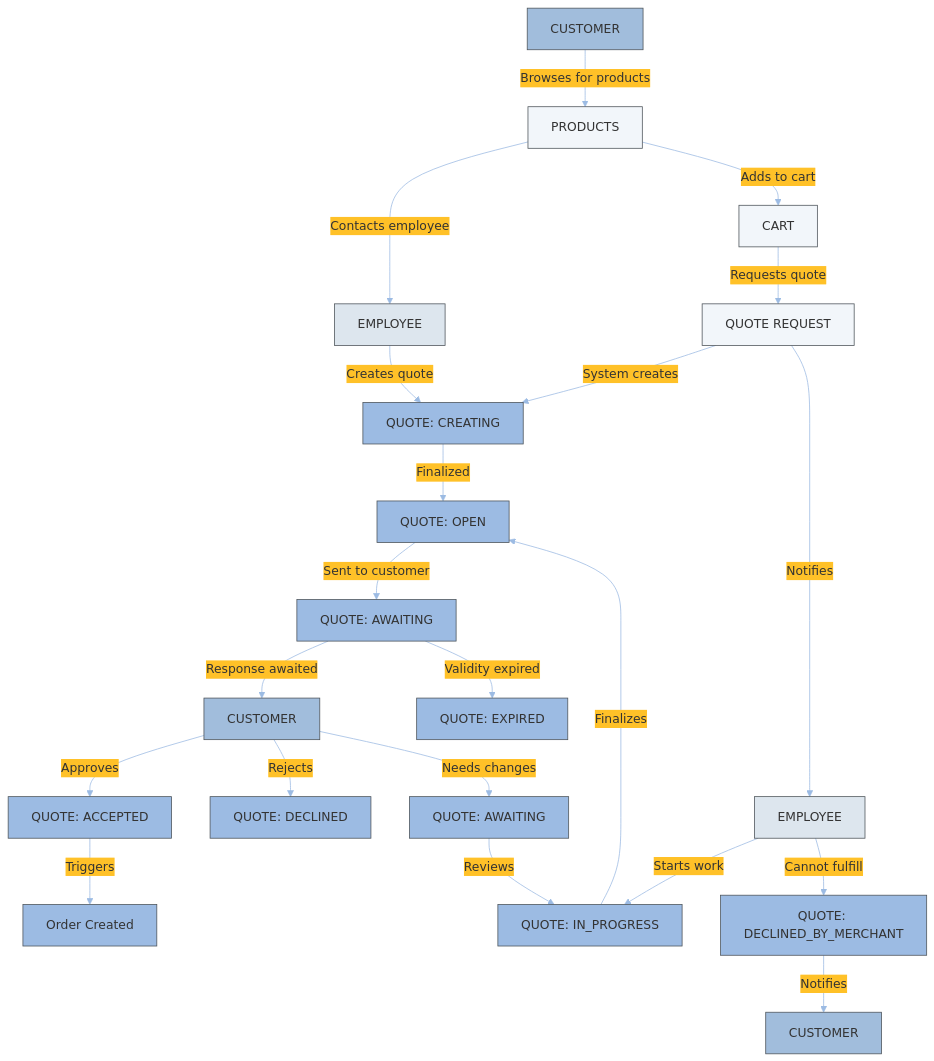
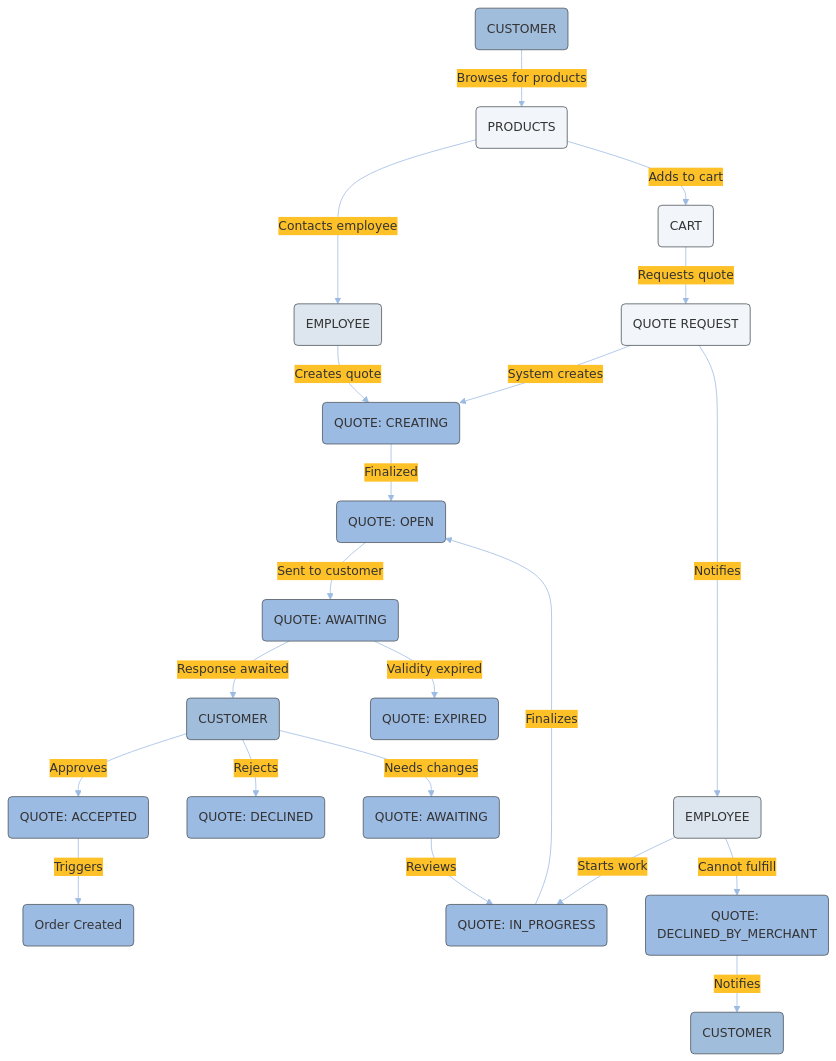
The diagram in quotes/quote/quote.md (emporix/api-references), drawn with Mermaid before and after one commit. The commit also changed other lines of this file, not shown here.

````diff
--- a/quotes/quote/quote.md
+++ b/quotes/quote/quote.md
@@ -151,70 +47,70 @@
 ```mermaid
 ---
 config:
   layout: fixed
   theme: base
   look: classic
   themeVariables:
     background: transparent
     lineColor: "#9CBBE3"
     arrowheadColor: "#9CBBE3"
     edgeLabelBackground: "#FFC128" 
     edgeLabelTextColor: "#4C5359"
     actorBorder: '#4C5359'
 ---
 graph TD
-    CUSTOMER1[CUSTOMER] 
-    PRODUCTS[PRODUCTS]
+    CUSTOMER1(CUSTOMER)
+    PRODUCTS(PRODUCTS)
     
     CUSTOMER1 -->|Browses for products| PRODUCTS
     
-    PRODUCTS -->|Contacts employee| EMPLOYEE1[EMPLOYEE]
-    PRODUCTS -->|Adds to cart| CART[CART]
+    PRODUCTS -->|Contacts employee| EMPLOYEE1(EMPLOYEE)
+    PRODUCTS -->|Adds to cart| CART(CART)
     
-    EMPLOYEE1 -->|Creates quote| CREATING[QUOTE: CREATING]
-    CART -->|Requests quote| QUOTE_REQUEST[QUOTE REQUEST]
+    EMPLOYEE1 -->|Creates quote| CREATING(QUOTE: CREATING)
+    CART -->|Requests quote| QUOTE_REQUEST(QUOTE REQUEST)
     
     QUOTE_REQUEST -->|System creates| CREATING
-    QUOTE_REQUEST -->|Notifies| EMPLOYEE2[EMPLOYEE]
+    QUOTE_REQUEST -->|Notifies| EMPLOYEE2(EMPLOYEE)
     
-    CREATING -->|Finalized| OPEN[QUOTE: OPEN]
-    EMPLOYEE2 -->|Starts work| IN_PROGRESS[QUOTE: IN_PROGRESS]
+    CREATING -->|Finalized| OPEN(QUOTE: OPEN)
+    EMPLOYEE2 -->|Starts work| IN_PROGRESS(QUOTE: IN_PROGRESS)
     
     IN_PROGRESS -->|Finalizes| OPEN
-    EMPLOYEE2 -->|Cannot fulfill| DECLINED_MERCHANT[QUOTE: DECLINED_BY_MERCHANT]
+    EMPLOYEE2 -->|Cannot fulfill| DECLINED_MERCHANT(QUOTE: DECLINED_BY_MERCHANT)
     
-    DECLINED_MERCHANT -->|Notifies| CUSTOMER3[CUSTOMER]
+    DECLINED_MERCHANT -->|Notifies| CUSTOMER3(CUSTOMER)
     
-    OPEN -->|Sent to customer| AWAITING_CUSTOMER[QUOTE: AWAITING]
+    OPEN -->|Sent to customer| AWAITING_CUSTOMER(QUOTE: AWAITING)
     
-    AWAITING_CUSTOMER -->|Response awaited| CUSTOMER2[CUSTOMER]
-    AWAITING_CUSTOMER -->|Validity expired| EXPIRED[QUOTE: EXPIRED]
+    AWAITING_CUSTOMER -->|Response awaited| CUSTOMER2(CUSTOMER)
+    AWAITING_CUSTOMER -->|Validity expired| EXPIRED(QUOTE: EXPIRED)
     
-    CUSTOMER2 -->|Approves| ACCEPTED[QUOTE: ACCEPTED]
-    CUSTOMER2 -->|Rejects| DECLINED[QUOTE: DECLINED]
-    CUSTOMER2 -->|Needs changes| AWAITING_EMPLOYEE[QUOTE: AWAITING]
+    CUSTOMER2 -->|Approves| ACCEPTED(QUOTE: ACCEPTED)
+    CUSTOMER2 -->|Rejects| DECLINED(QUOTE: DECLINED)
+    CUSTOMER2 -->|Needs changes| AWAITING_EMPLOYEE(QUOTE: AWAITING)
     
     AWAITING_EMPLOYEE -->|Reviews| IN_PROGRESS
     
-    ACCEPTED -->|Triggers| ORDER[Order Created]
+    ACCEPTED -->|Triggers| ORDER(Order Created)
     
     style CREATING fill:#9CBBE3, stroke:#4C5359
     style OPEN fill:#9CBBE3, stroke:#4C5359
     style AWAITING_CUSTOMER fill:#9CBBE3, stroke:#4C5359
     style AWAITING_EMPLOYEE fill:#9CBBE3, stroke:#4C5359
     style IN_PROGRESS fill:#9CBBE3, stroke:#4C5359
     style ACCEPTED fill:#9CBBE3, stroke:#4C5359
     style DECLINED fill:#9CBBE3, stroke:#4C5359
     style DECLINED_MERCHANT fill:#9CBBE3, stroke:#4C5359
     style EXPIRED fill:#9CBBE3, stroke:#4C5359
 
     style CUSTOMER1 fill:#A1BDDC, stroke:#4C5359
     style CUSTOMER2 fill:#A1BDDC, stroke:#4C5359
     style CUSTOMER3 fill:#A1BDDC, stroke:#4C5359
     style EMPLOYEE1 fill:#DDE6EE, stroke:#4C5359
     style EMPLOYEE2 fill:#DDE6EE, stroke:#4C5359
     style CART fill:#F2F6FA, stroke:#4C5359
     style PRODUCTS fill:#F2F6FA, stroke:#4C5359
     style QUOTE_REQUEST fill:#F2F6FA, stroke:#4C5359
     style ORDER fill:#9CBBE3, stroke:#4C5359
 ```
````
